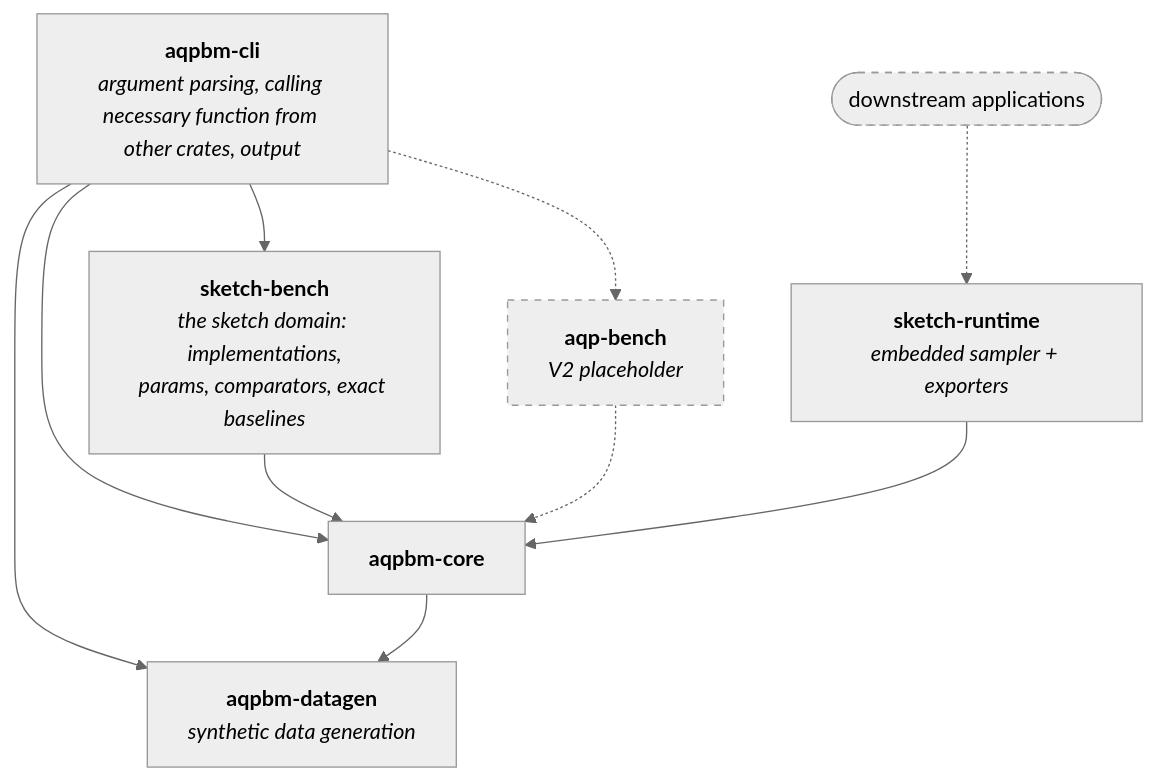
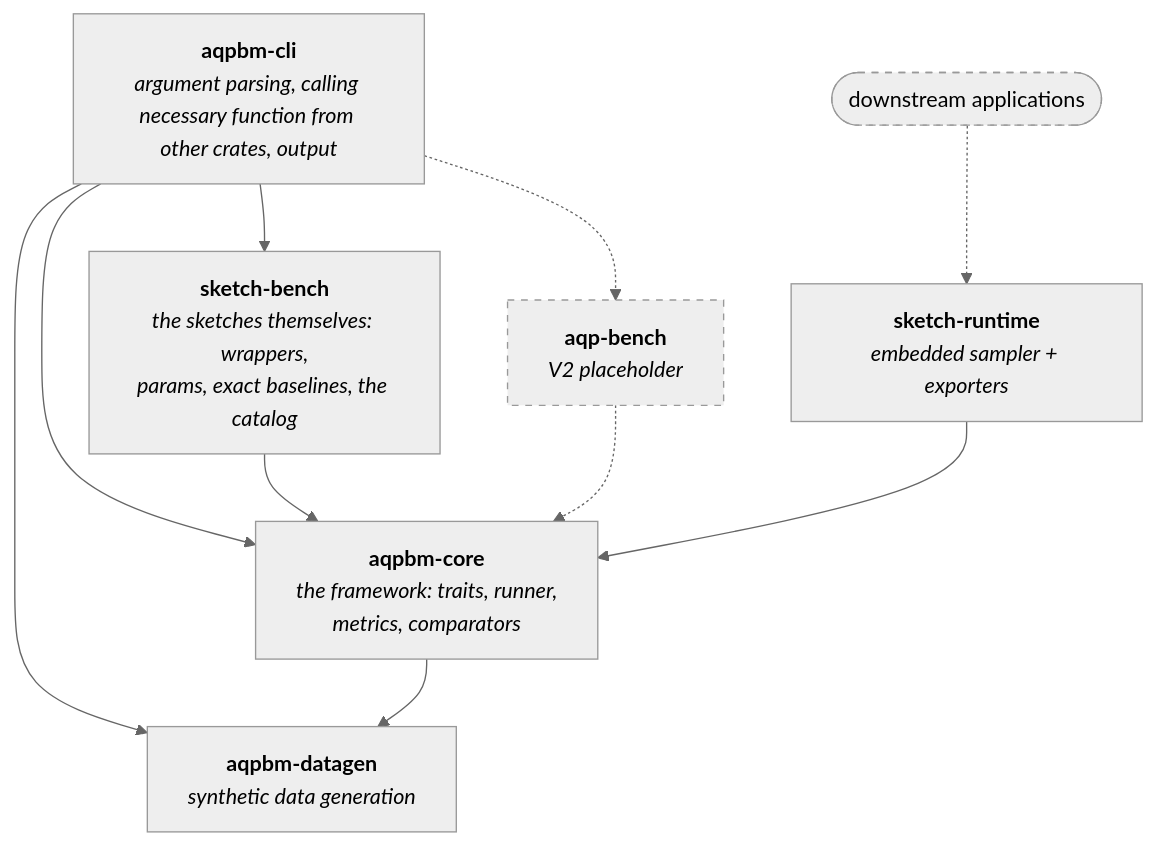
Before and after one commit to ProjectASAP/sketch-bench: the diagram in docs/component_walk_through.md, drawn with Mermaid (neutral theme). The commit also changed other lines of this file and 31 other files, not shown here.

First line of the commit message:
refactor(core,bench): split framework from batteries, and make the catalog one table

````diff
--- a/docs/component_walk_through.md
+++ b/docs/component_walk_through.md
@@ -30,29 +30,29 @@
 ```mermaid
 flowchart TB
         cli["<b>aqpbm-cli</b><br/><i>argument parsing, calling necessary function from other crates, output</i>"]
 
-        sb["<b>sketch-bench</b><br/><i>the sketch domain: implementations,<br/>params, comparators, exact baselines</i>"]
+        sb["<b>sketch-bench</b><br/><i>the sketches themselves: wrappers,<br/>params, exact baselines, the catalog</i>"]
         ab["<b>aqp-bench</b><br/><i>V2 placeholder</i>"]
 
-        core["<b>aqpbm-core</b>"]
+        core["<b>aqpbm-core</b><br/><i>the framework: traits, runner,<br/>metrics, comparators</i>"]
         dg["<b>aqpbm-datagen</b><br/><i>synthetic data generation</i>"]
 
     rt["<b>sketch-runtime</b><br/><i>embedded sampler + exporters</i>"]
     app(["downstream applications"])
 
     cli --> sb
     cli --> core
     cli --> dg
     cli -.-> ab
 
     sb --> core
     ab -.-> core
 
     rt --> core
     app -.-> rt
 
     core --> dg
 
     classDef future stroke-dasharray: 5 5
     class ab,app future
 ```
````
